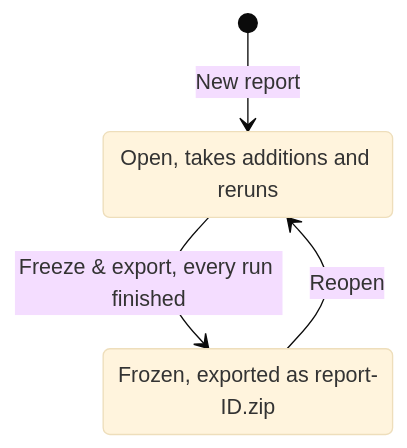
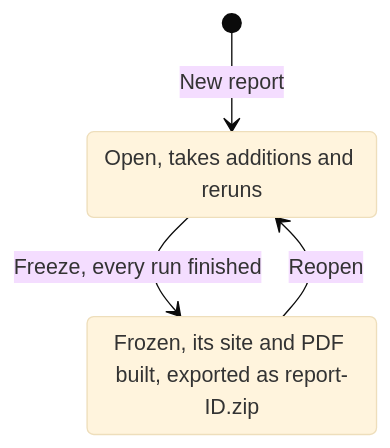
One commit to fillet54/automation-v3 changed the third of 3 diagrams in docs/operating/reports.rst. Above: the diagram before and after it, drawn with Mermaid (base theme). The commit also changed other lines of this file and 23 other files, not shown here.

First line of the commit message:
Freezing builds the report's site and PDF with Sphinx; a frozen report is its site

```diff
--- a/docs/operating/reports.rst
+++ b/docs/operating/reports.rst
@@ -239,9 +251,9 @@
 .. mermaid::
    :caption: A report takes runs until it is frozen, and again once reopened
 
    stateDiagram-v2
      [*] --> open: New report
-     open --> frozen: Freeze & export, every run finished
+     open --> frozen: Freeze, every run finished
      frozen --> open: Reopen
      open: Open, takes additions and reruns
-     frozen: Frozen, exported as report-ID.zip
+     frozen: Frozen, its site and PDF built, exported as report-ID.zip
```
